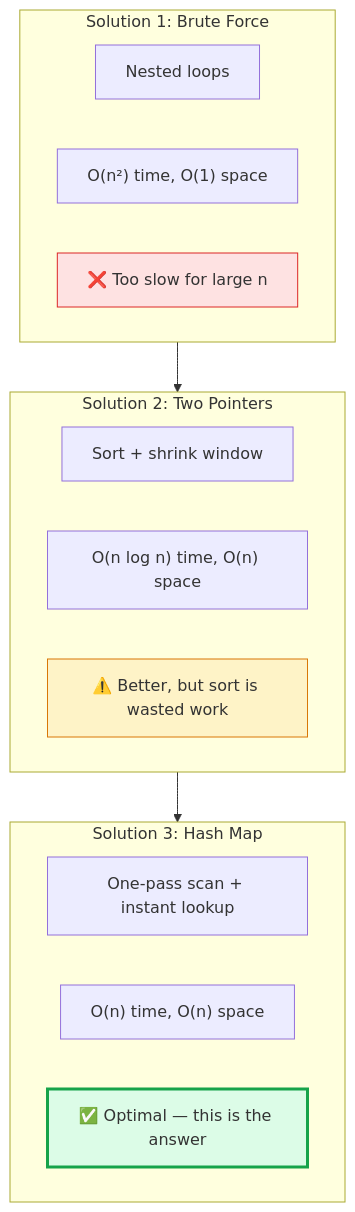
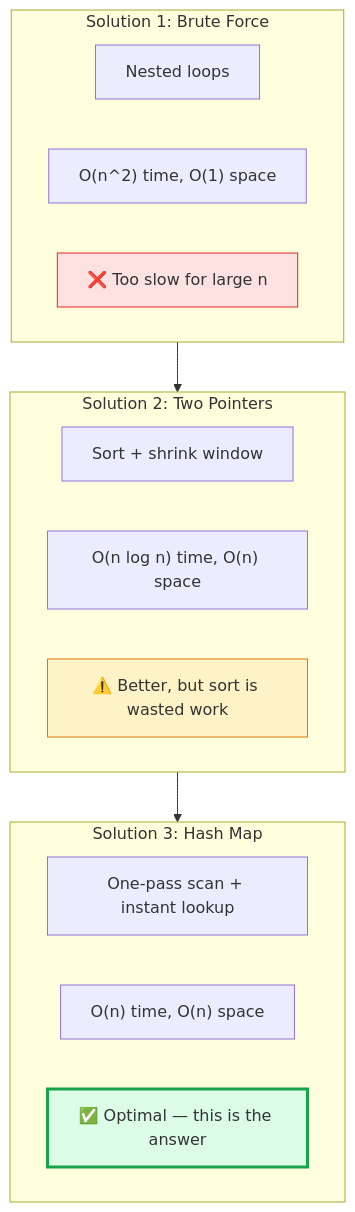
One commit to M-F-Tushar/LeetCode-Problem-Solving changed diagram 12 of 12 in 01 - Two Sum/README.md. Above: the diagram before and after it, drawn with Mermaid. The commit also changed other lines of this file, not shown here.

````diff
--- a/01 - Two Sum/README.md
+++ b/01 - Two Sum/README.md
@@ -417,26 +416,26 @@
 ```mermaid
 flowchart TB
     subgraph BF["Solution 1: Brute Force"]
         BF1["Nested loops"]
-        BF2["O(n²) time, O(1) space"]
+        BF2["O(n^2) time, O(1) space"]
         BF3["❌ Too slow for large n"]
     end
 
     subgraph TP["Solution 2: Two Pointers"]
         TP1["Sort + shrink window"]
         TP2["O(n log n) time, O(n) space"]
         TP3["⚠️ Better, but sort is wasted work"]
     end
 
     subgraph HM["Solution 3: Hash Map"]
         HM1["One-pass scan + instant lookup"]
         HM2["O(n) time, O(n) space"]
         HM3["✅ Optimal — this is the answer"]
     end
 
     BF --> TP --> HM
 
     style BF3 fill:#fee2e2,stroke:#dc2626
     style TP3 fill:#fef3c7,stroke:#d97706
     style HM3 fill:#dcfce7,stroke:#16a34a,stroke-width:3px
 ```
````
